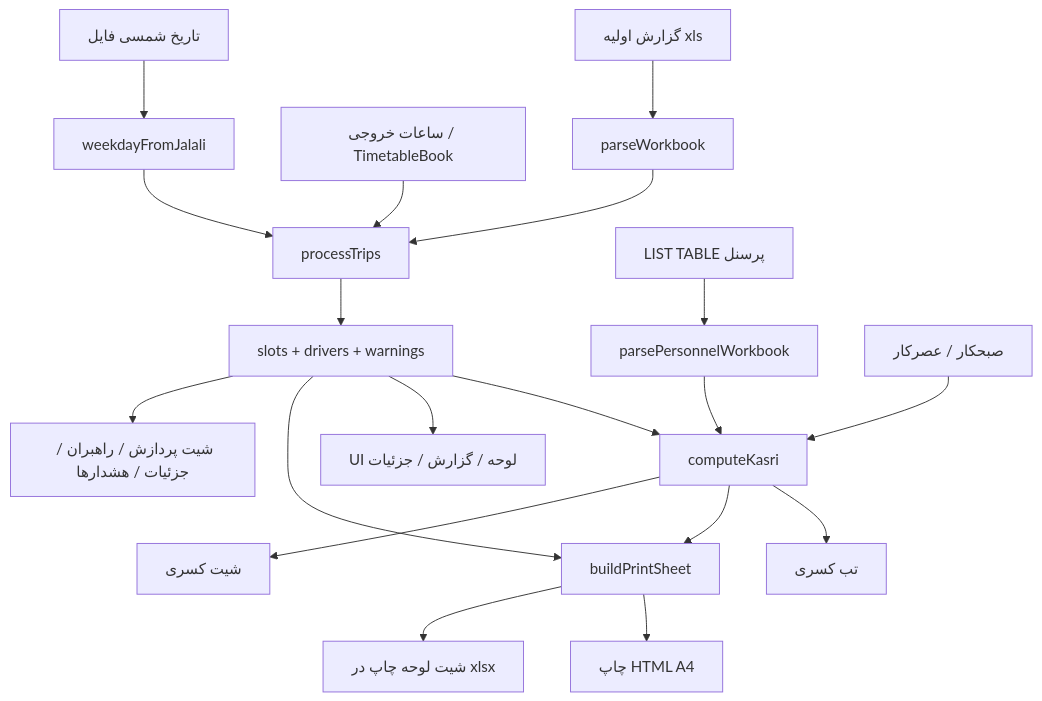
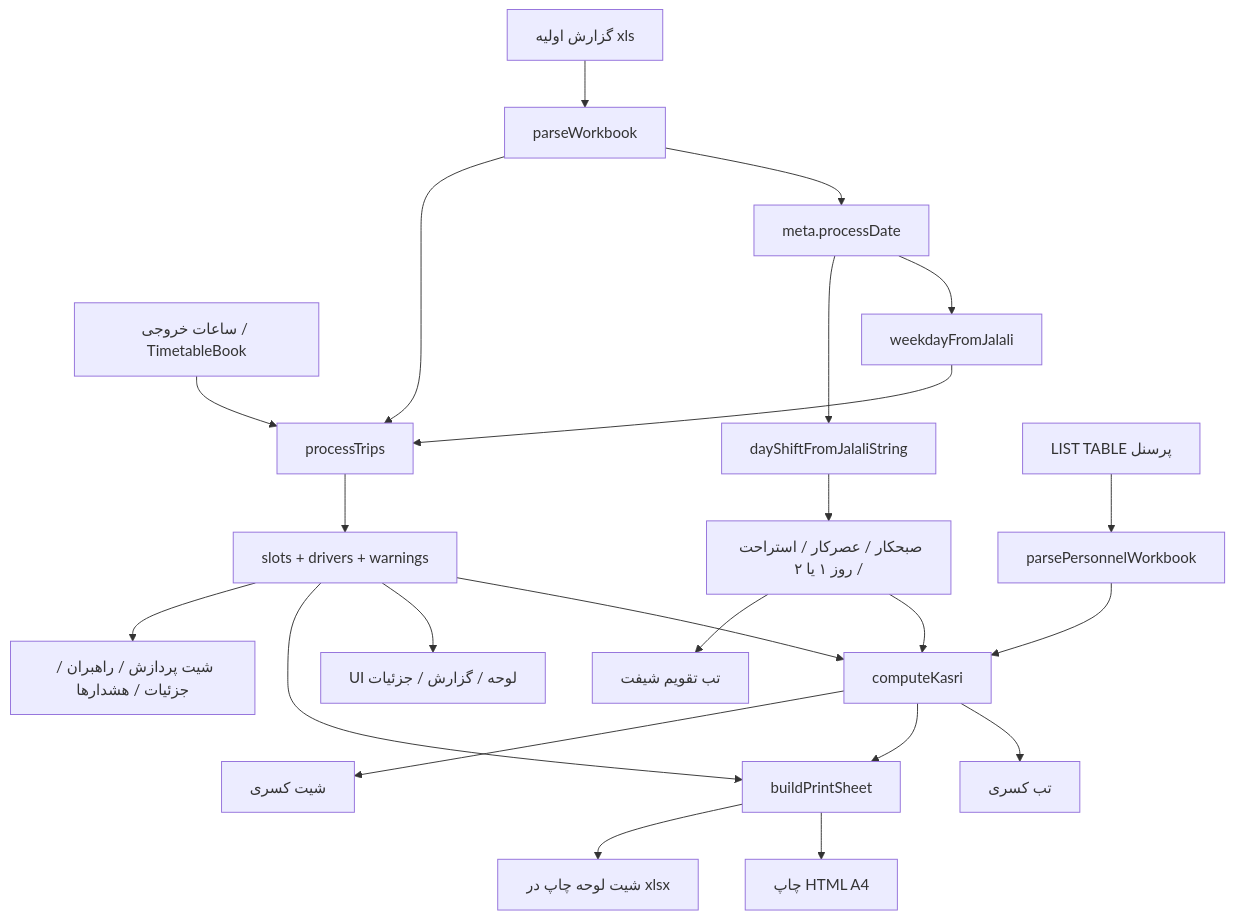
One commit to hoseindashti1981/Train-Operators-Trips changed the diagram in TECHNICAL.md. Above: the diagram before and after it, drawn with Mermaid. The commit also changed other lines of this file, not shown here.

First line of the commit message:
Document calendar auto-duty and full current architecture

````diff
--- a/TECHNICAL.md
+++ b/TECHNICAL.md
@@ -133,21 +177,25 @@
 ```mermaid
 flowchart TD
   A[گزارش اولیه xls] --> B[parseWorkbook]
+  B --> M[meta.processDate]
   C[ساعات خروجی / TimetableBook] --> D[processTrips]
   B --> D
-  E[تاریخ شمسی فایل] --> F[weekdayFromJalali]
+  M --> F[weekdayFromJalali]
   F --> D
+  M --> SC[dayShiftFromJalaliString]
+  SC --> DUTY[صبحکار / عصرکار / استراحت / روز ۱ یا ۲]
   D --> G[slots + drivers + warnings]
   H[LIST TABLE پرسنل] --> I[parsePersonnelWorkbook]
   I --> J[computeKasri]
   G --> J
-  K[صبحکار / عصرکار] --> J
+  DUTY --> J
   G --> L[UI لوحه / گزارش / جزئیات]
-  J --> M[تب کسری]
+  DUTY --> CAL[تب تقویم شیفت]
+  J --> KAS[تب کسری]
   G --> N[buildPrintSheet]
   J --> N
   N --> O[چاپ HTML A4]
   N --> P[شیت لوحه چاپ در xlsx]
   G --> Q[شیت پردازش / راهبران / جزئیات / هشدارها]
   J --> R[شیت کسری]
 ```
````
